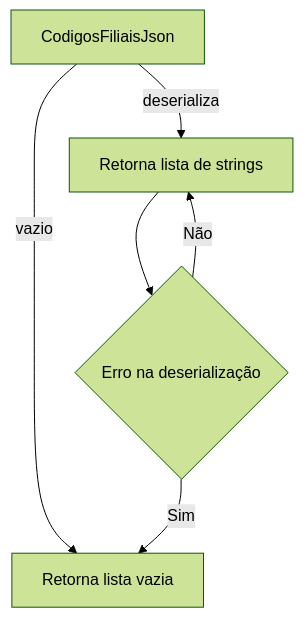
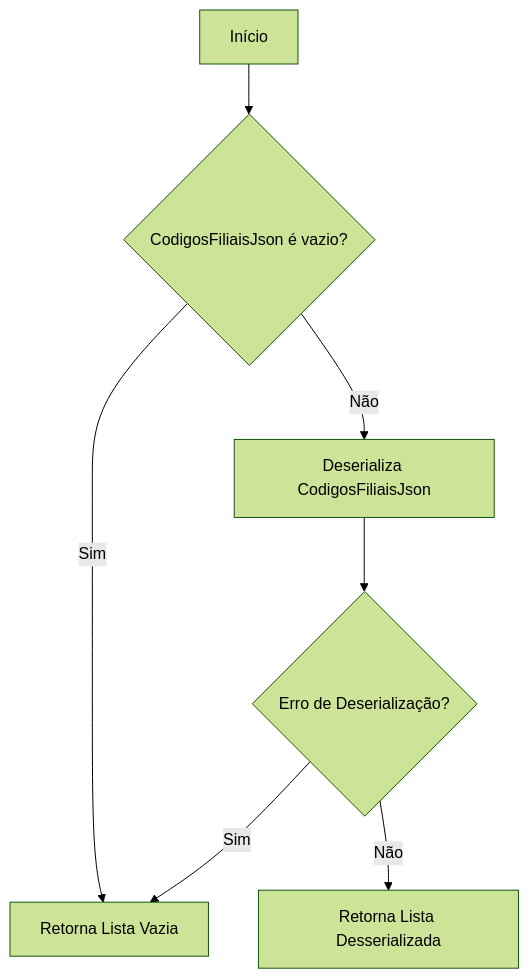
One commit to IsthmusSistemas/documentacao-tecnica changed the first of 2 diagrams in docs/b2b-dominio/IsthmusWinthor.Nucleo/IsthmusWinthor.Dominio/Entidades/ConvenioBandeiraCobranca.md. Above: the diagram before and after it, drawn with Mermaid (forest theme). The commit also changed other lines of this file and 882 other files, not shown here.

````diff
--- a/docs/b2b-dominio/IsthmusWinthor.Nucleo/IsthmusWinthor.Dominio/Entidades/ConvenioBandeiraCobranca.md
+++ b/docs/b2b-dominio/IsthmusWinthor.Nucleo/IsthmusWinthor.Dominio/Entidades/ConvenioBandeiraCobranca.md
@@ -23,8 +19,9 @@
 ```mermaid
 flowchart TD
-    A[CodigosFiliaisJson] -->|vazio| B[Retorna lista vazia]
-    A -->|deserializa| C[Retorna lista de strings]
-    C --> D{Erro na deserialização}
-    D -->|Sim| B
-    D -->|Não| C
+    A[Início] --> B{CodigosFiliaisJson é vazio?}
+    B -- Sim --> C[Retorna Lista Vazia]
+    B -- Não --> D[Deserializa CodigosFiliaisJson]
+    D --> E{Erro de Deserialização?}
+    E -- Sim --> C
+    E -- Não --> F[Retorna Lista Desserializada]
 ```
````
